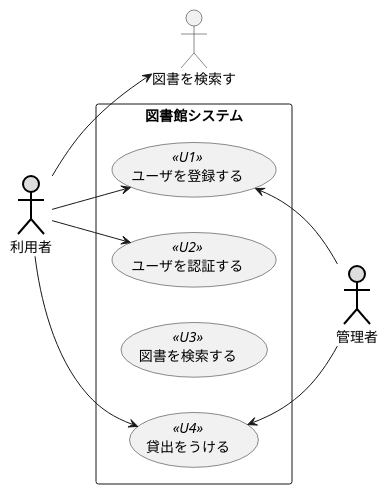
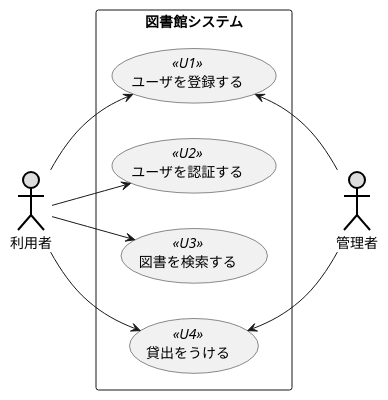
The diagram in 例題3_UC_図書館システム.pu (hitokin/uml_introduction), drawn with PlantUML before and after one commit.

Commit message:
修正

```diff
--- a/例題3_UC_図書館システム.pu
+++ b/例題3_UC_図書館システム.pu
@@ -1,18 +1,17 @@
 @startuml 例題3
 left to right direction
 actor 利用者#DDDDDD;line:black;line.bold;
 actor 管理者#DDDDDD;line:black;line.bold;
 rectangle 図書館システム {
 usecase ユーザを登録する << U1 >>
 usecase ユーザを認証する << U2 >>
 usecase 図書を検索する << U3 >>
 usecase 貸出をうける << U4 >>
 }
 利用者--> ユーザを登録する
 利用者--> ユーザを認証する
-利用者--> 図書を検索す
-
+利用者--> 図書を検索する
 利用者--> 貸出をうける
 ユーザを登録する <-- 管理者
 貸出をうける <-- 管理者
 @enduml
```
